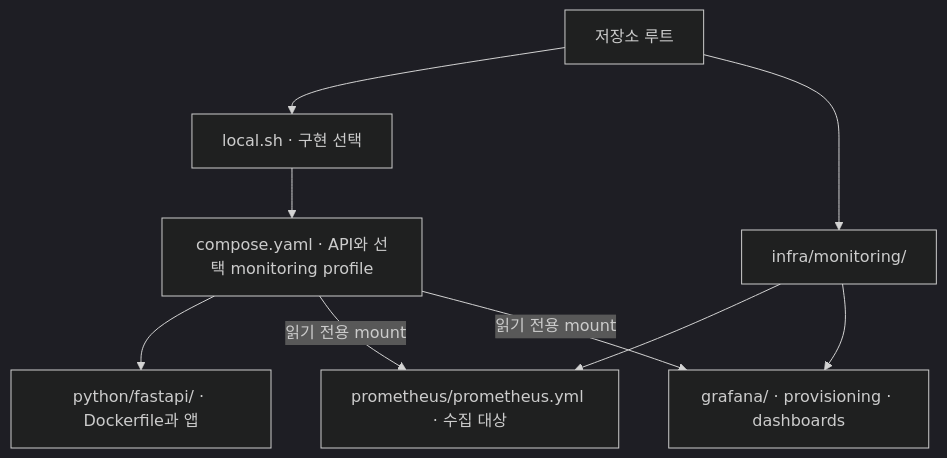
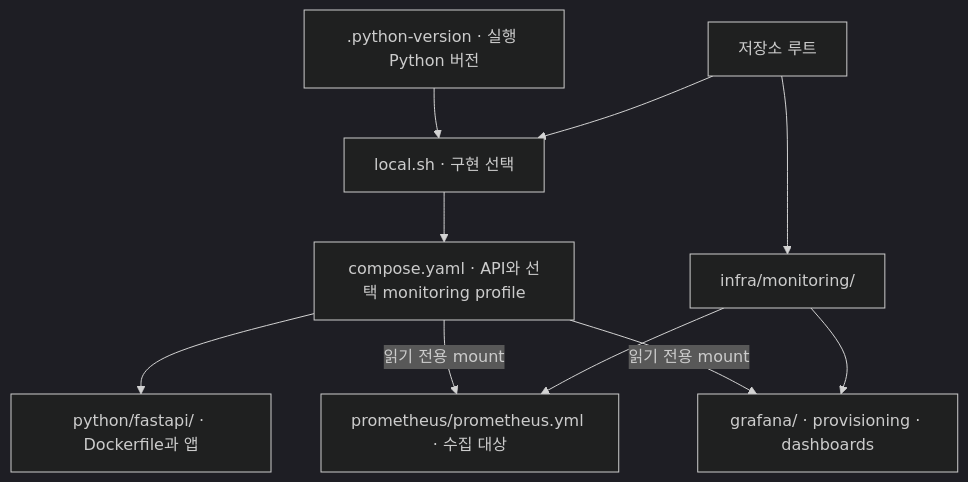
The third of 3 diagrams in design/implementations/fastapi-structure.md (Dae-Jeong/backend-template), drawn with Mermaid (dark theme) before and after one commit. The commit also changed 6 other files, not shown here.

Commit message:
build(fastapi): derive Docker Python version from .python-version

````diff
--- a/design/implementations/fastapi-structure.md
+++ b/design/implementations/fastapi-structure.md
@@ -127,11 +127,12 @@
 ```mermaid
 flowchart TD
     ROOT["저장소 루트"] --> SELECT["local.sh · 구현 선택"]
+    VERSION[".python-version · 실행 Python 버전"] --> SELECT
     SELECT --> BASE["compose.yaml · API와 선택 monitoring profile"]
     BASE --> APP["python/fastapi/ · Dockerfile과 앱"]
     ROOT --> INFRA["infra/monitoring/"]
     INFRA --> PROM["prometheus/prometheus.yml · 수집 대상"]
     INFRA --> GRAFANA["grafana/ · provisioning · dashboards"]
     BASE -->|"읽기 전용 mount"| PROM
     BASE -->|"읽기 전용 mount"| GRAFANA
 ```
````
